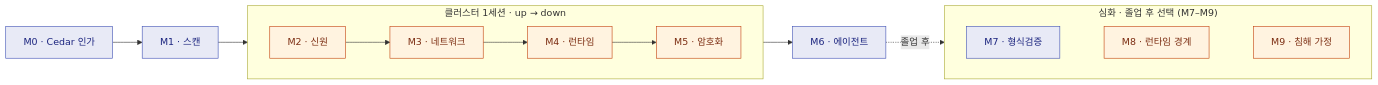
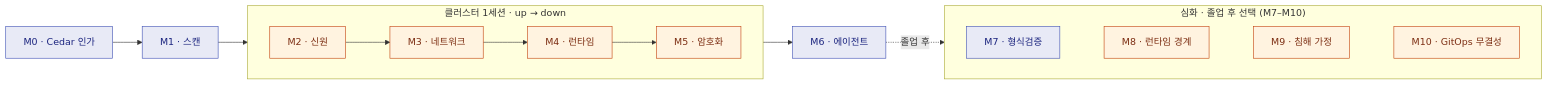
One commit to dsaedsae/cloudsec-policy-stack changed the first of 2 diagrams in labs/README.md. Above: the diagram before and after it, drawn with Mermaid. The commit also changed other lines of this file and 18 other files, not shown here.

````diff
--- a/labs/README.md
+++ b/labs/README.md
@@ -13,18 +13,18 @@
 ```mermaid
 flowchart LR
     M0[M0 · Cedar 인가] --> M1[M1 · 스캔] --> M2[M2 · 신원]
     subgraph S["클러스터 1세션 · up → down"]
       direction LR
       M2 --> M3[M3 · 네트워크] --> M4[M4 · 런타임] --> M5[M5 · 암호화]
     end
     M5 --> M6[M6 · 에이전트]
     M6 -. 졸업 후 .-> M7
-    subgraph ADV["심화 · 졸업 후 선택 (M7–M9)"]
+    subgraph ADV["심화 · 졸업 후 선택 (M7–M10)"]
       direction LR
-      M7[M7 · 형식검증] ~~~ M8[M8 · 런타임 경계] ~~~ M9[M9 · 침해 가정]
+      M7[M7 · 형식검증] ~~~ M8[M8 · 런타임 경계] ~~~ M9[M9 · 침해 가정] ~~~ M10[M10 · GitOps 무결성]
     end
     classDef nc fill:#e8eaf6,stroke:#3f51b5,color:#1a237e;
     classDef cl fill:#fff3e0,stroke:#c2410c,color:#7c2d12;
     class M0,M1,M6,M7 nc;
-    class M2,M3,M4,M5,M8,M9 cl;
+    class M2,M3,M4,M5,M8,M9,M10 cl;
 ```
````
